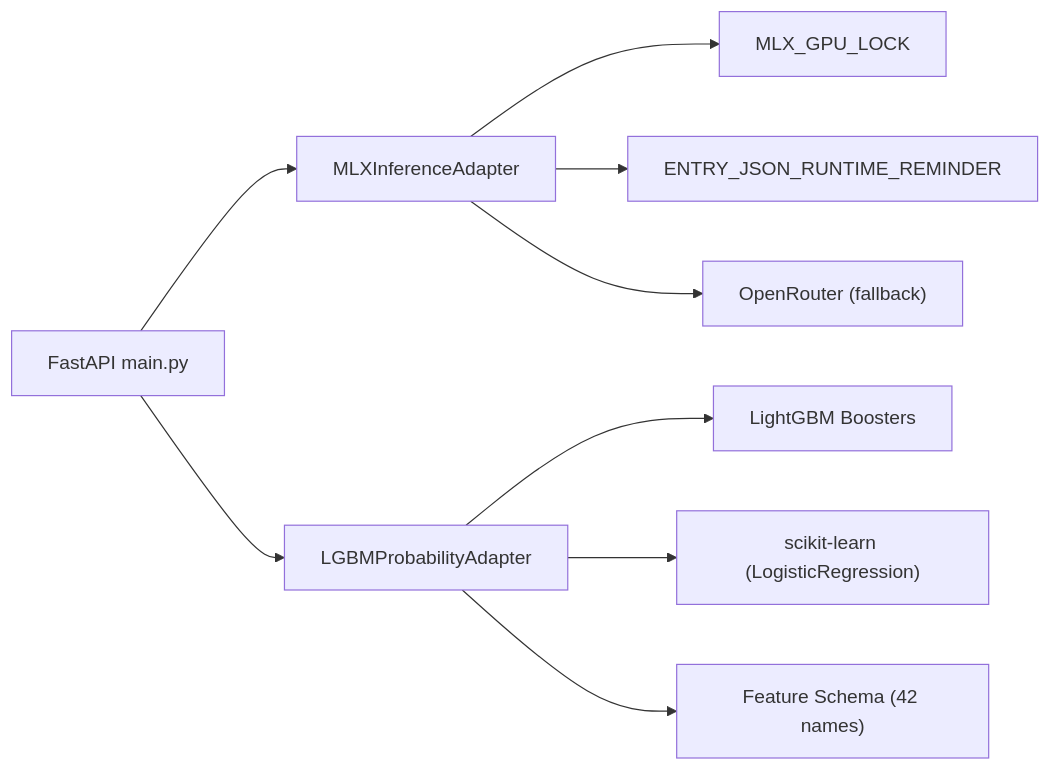
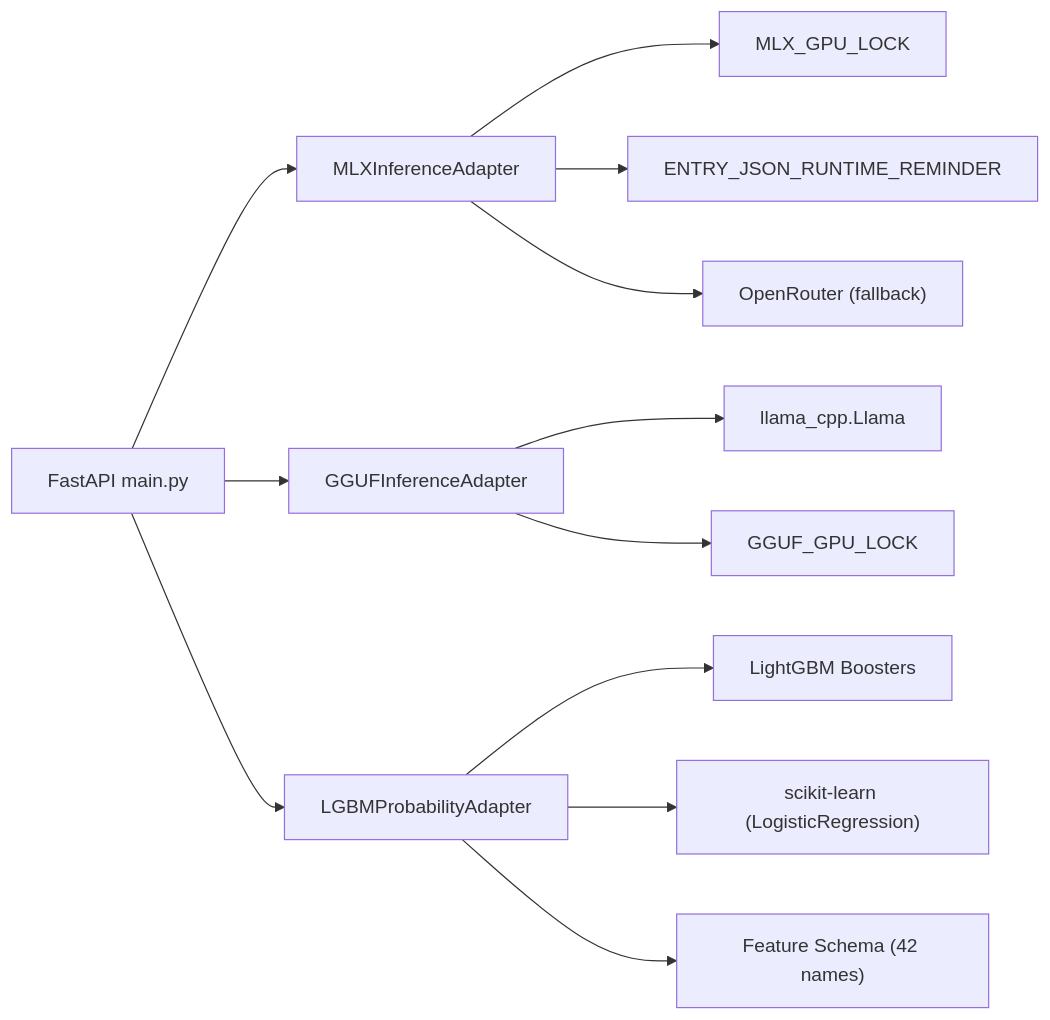
Before and after one commit to gemrajkhatry-maker/v5-of-glassytrade-ai: the sixth of 6 diagrams in .qoder/repowiki/en/content/Backend Application/Infrastructure Adapters/ML Inference Adapters.md, drawn with Mermaid. The commit also changed other lines of this file and 930 other files, not shown here.

````diff
--- a/.qoder/repowiki/en/content/Backend Application/Infrastructure Adapters/ML Inference Adapters.md
+++ b/.qoder/repowiki/en/content/Backend Application/Infrastructure Adapters/ML Inference Adapters.md
@@ -310,11 +418,14 @@
 ```mermaid
 graph LR
+GGUF["GGUFInferenceAdapter"] --> Llama["llama_cpp.Llama"]
+GGUF --> GGUFLock["GGUF_GPU_LOCK"]
 MLX["MLXInferenceAdapter"] --> Lock["MLX_GPU_LOCK"]
 MLX --> Contract["ENTRY_JSON_RUNTIME_REMINDER"]
 MLX --> Cloud["OpenRouter (fallback)"]
 LGBM["LGBMProbabilityAdapter"] --> GB["LightGBM Boosters"]
 LGBM --> SK["scikit-learn (LogisticRegression)"]
 LGBM --> Feat["Feature Schema (42 names)"]
 Main["FastAPI main.py"] --> MLX
+Main --> GGUF
 Main --> LGBM
 ```
````
